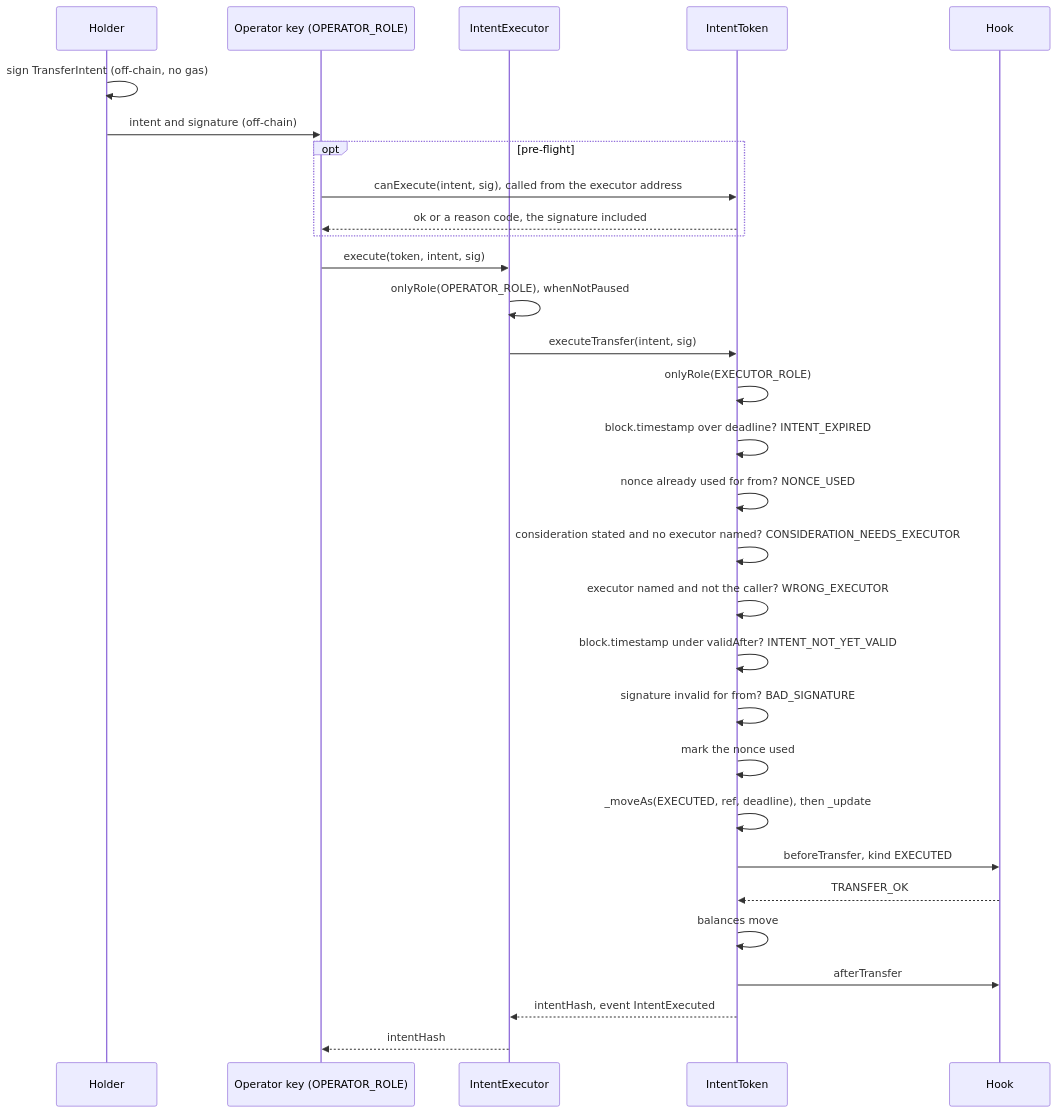
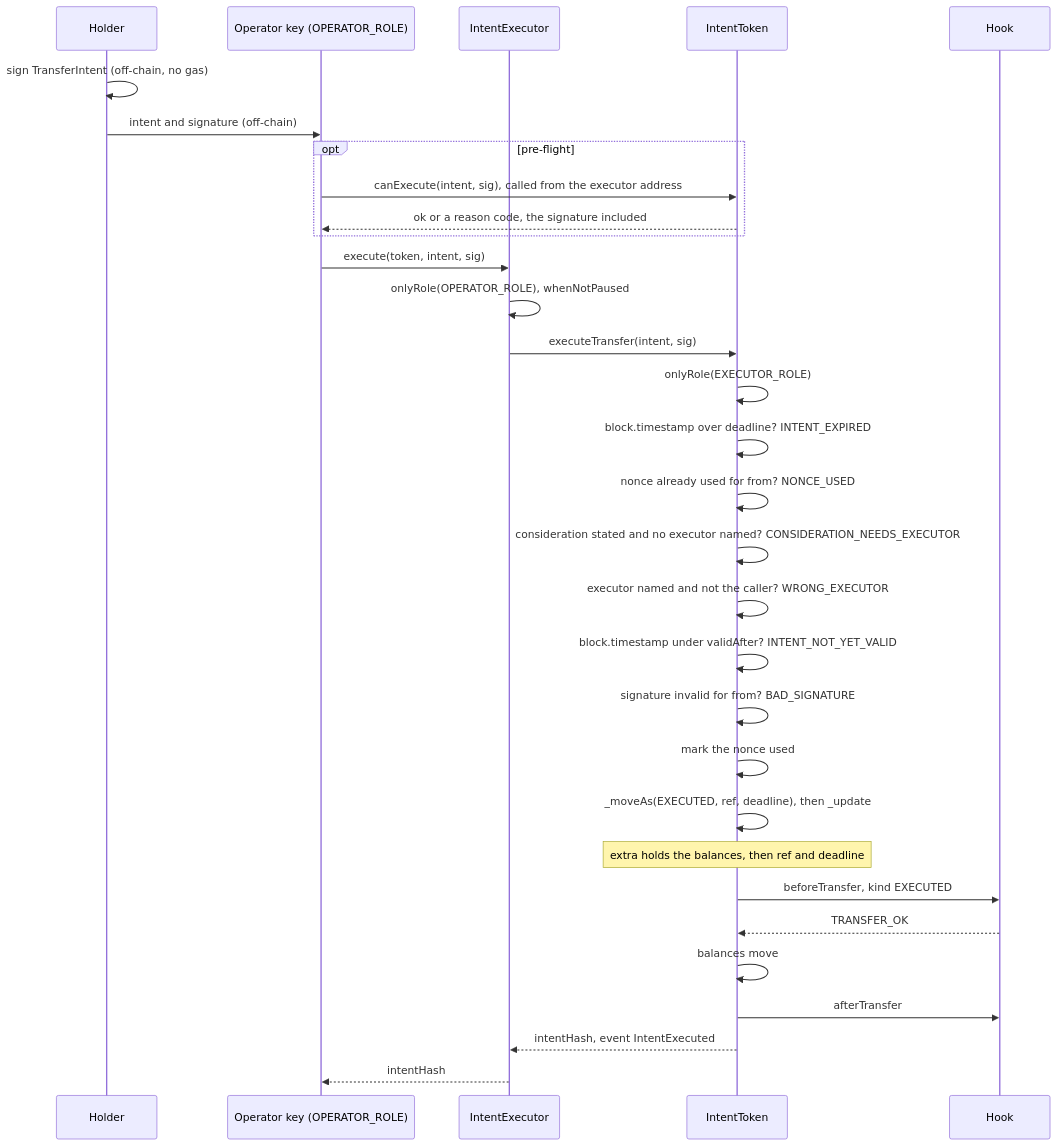
The third of 7 diagrams in docs/flows-token.md (fepvenancio/rwa-token), drawn with Mermaid before and after one commit. The commit also changed other lines of this file and 13 other files, not shown here.

````diff
--- a/docs/flows-token.md
+++ b/docs/flows-token.md
@@ -94,33 +102,34 @@
 ```mermaid
 sequenceDiagram
   participant Ho as Holder
   participant Op as Operator key (OPERATOR_ROLE)
   participant Ex as IntentExecutor
   participant T as IntentToken
   participant H as Hook
 
   Ho->>Ho: sign TransferIntent (off-chain, no gas)
   Ho->>Op: intent and signature (off-chain)
   opt pre-flight
     Op->>T: canExecute(intent, sig), called from the executor address
     T-->>Op: ok or a reason code, the signature included
   end
   Op->>Ex: execute(token, intent, sig)
   Ex->>Ex: onlyRole(OPERATOR_ROLE), whenNotPaused
   Ex->>T: executeTransfer(intent, sig)
   T->>T: onlyRole(EXECUTOR_ROLE)
   T->>T: block.timestamp over deadline? INTENT_EXPIRED
   T->>T: nonce already used for from? NONCE_USED
   T->>T: consideration stated and no executor named? CONSIDERATION_NEEDS_EXECUTOR
   T->>T: executor named and not the caller? WRONG_EXECUTOR
   T->>T: block.timestamp under validAfter? INTENT_NOT_YET_VALID
   T->>T: signature invalid for from? BAD_SIGNATURE
   T->>T: mark the nonce used
   T->>T: _moveAs(EXECUTED, ref, deadline), then _update
+  Note over T: extra holds the balances, then ref and deadline
   T->>H: beforeTransfer, kind EXECUTED
   H-->>T: TRANSFER_OK
   T->>T: balances move
   T->>H: afterTransfer
   T-->>Ex: intentHash, event IntentExecuted
   Ex-->>Op: intentHash
 ```
````
